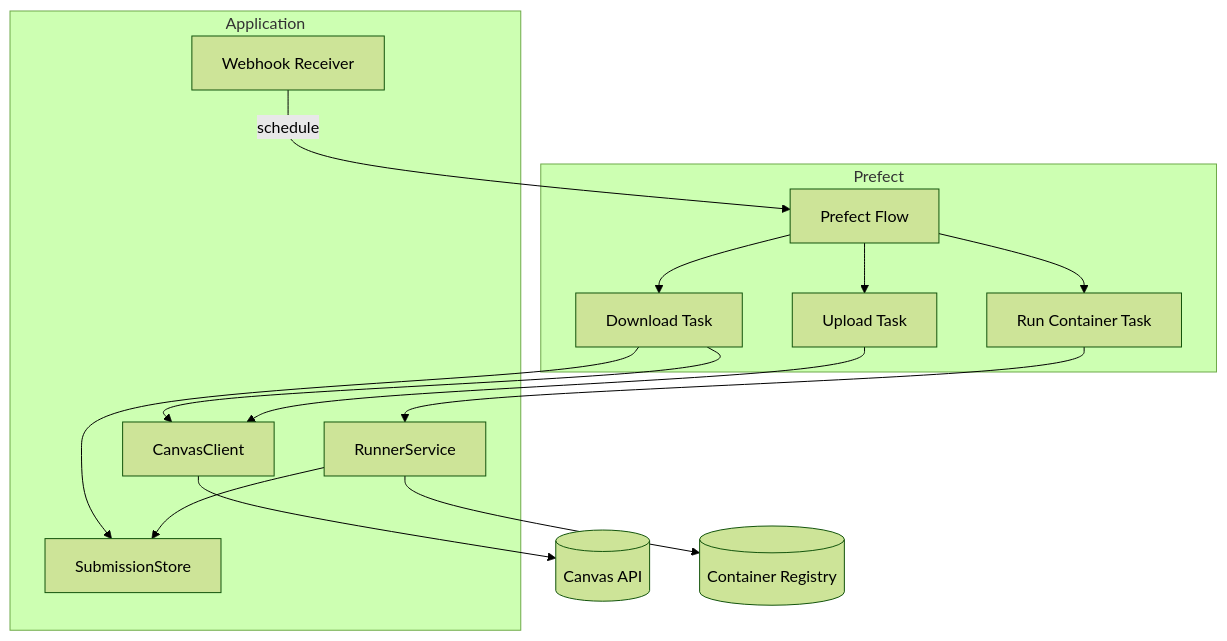
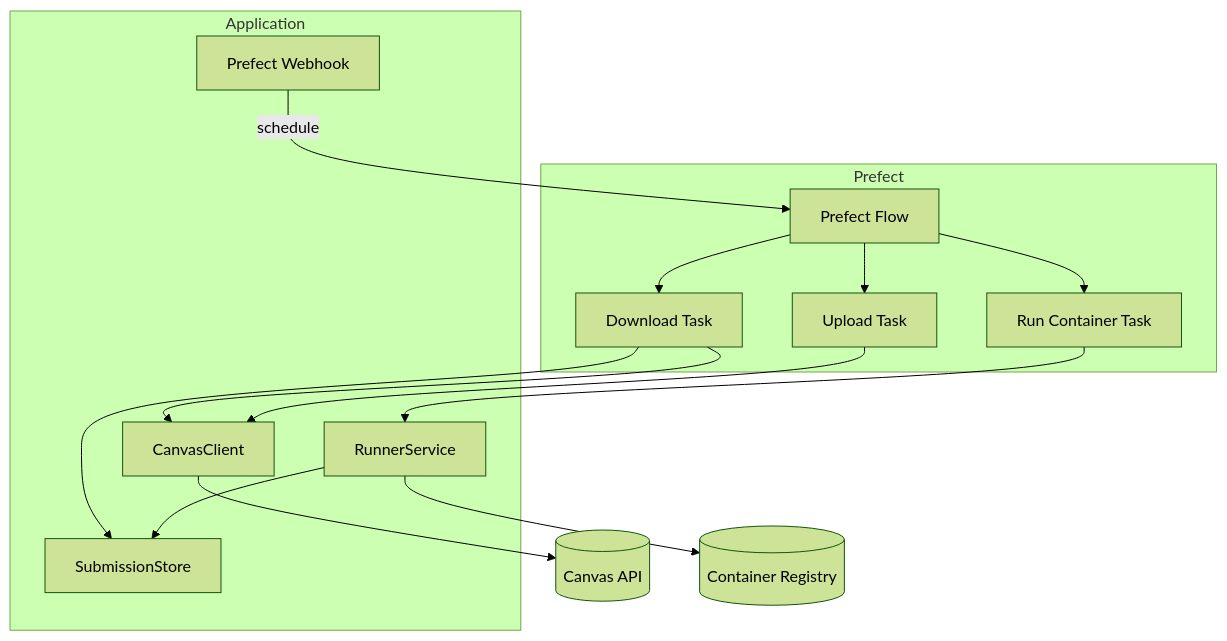
The second of 2 diagrams in docs/architecture.md (jakob1379/Canvas-Code-Correction), drawn with Mermaid (forest theme) before and after one commit. The commit also changed other lines of this file and 2 other files, not shown here.

````diff
--- a/docs/architecture.md
+++ b/docs/architecture.md
@@ -48,31 +49,31 @@
 ```mermaid
 graph TD
   subgraph Prefect
     F1[Prefect Flow]
     T1[Download Task]
     T2[Run Container Task]
     T3[Upload Task]
     F1 --> T1
     F1 --> T2
     F1 --> T3
   end
 
   subgraph Application
     C1[CanvasClient]
     R1[RunnerService]
     S1[SubmissionStore]
-    W1[Webhook Receiver]
+    W1[Prefect Webhook]
   end
 
   Canvas[(Canvas API)]
   Registry[(Container Registry)]
 
   W1 -->|schedule| F1
   T1 --> C1
   T1 --> S1
   T2 --> R1
   R1 --> Registry
   R1 --> S1
   T3 --> C1
   C1 --> Canvas
 ```
````
